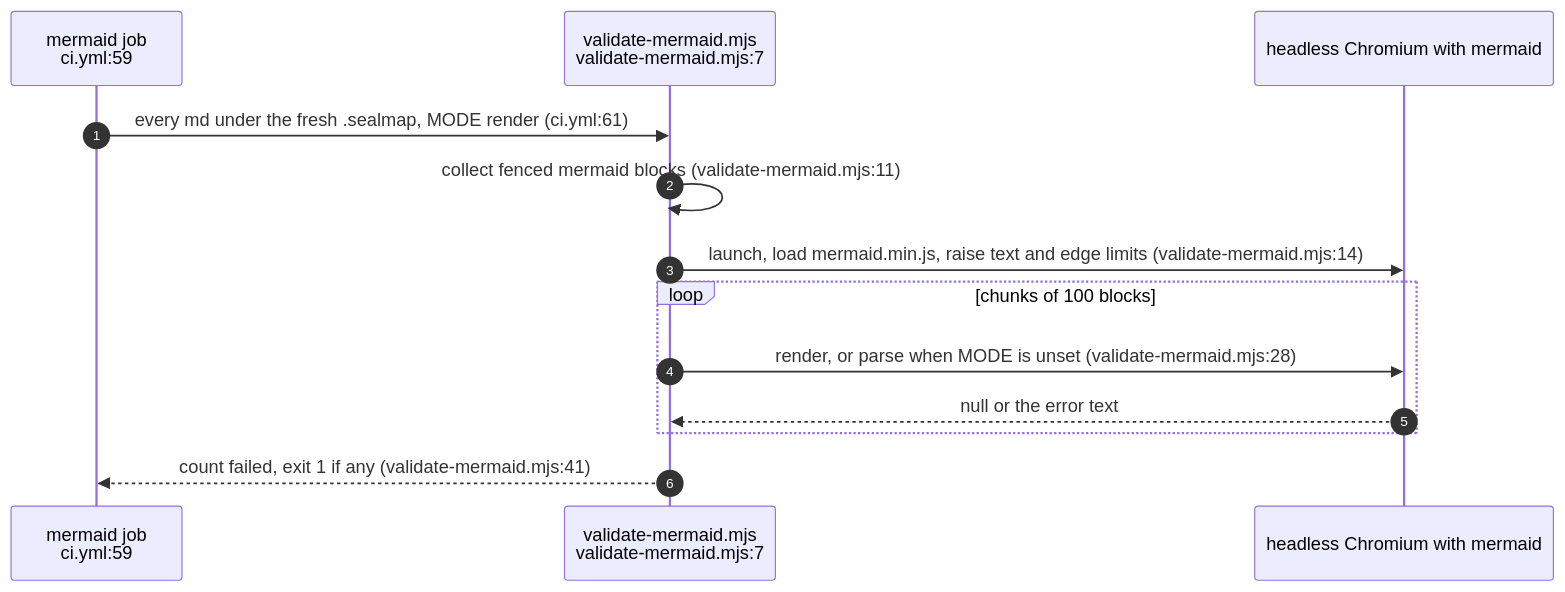
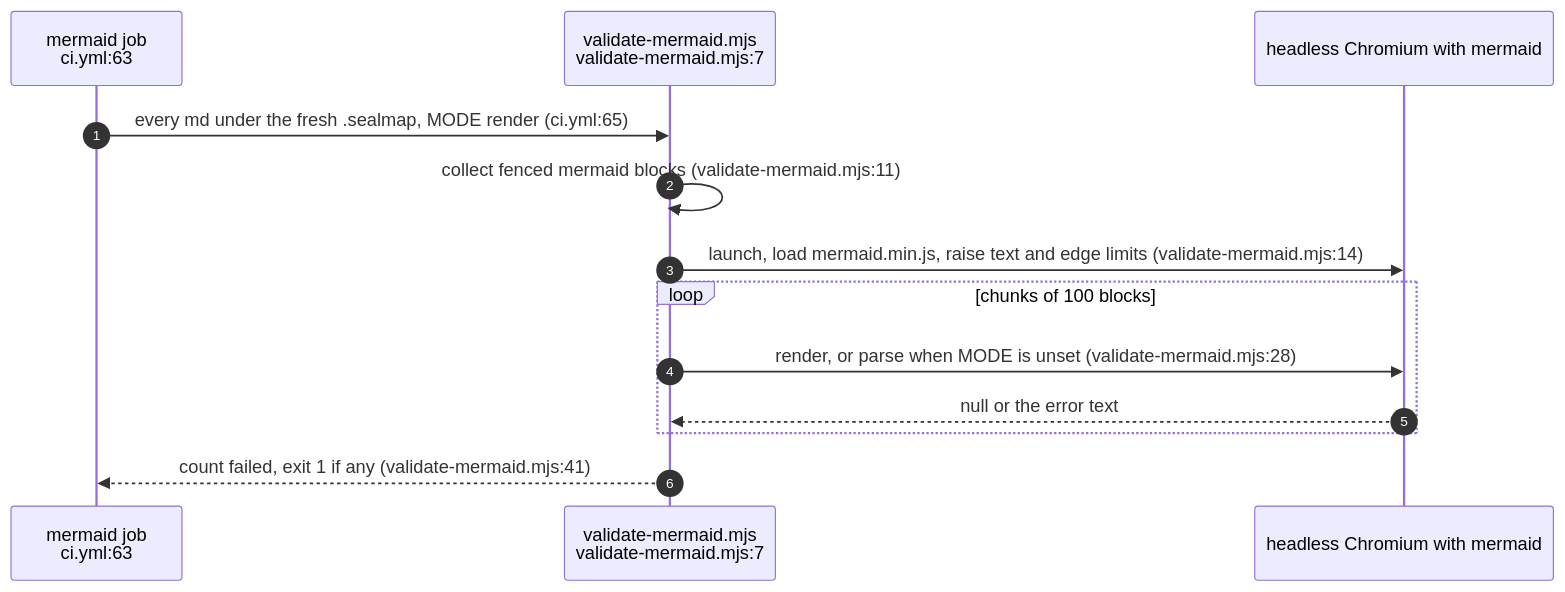
One commit to DreamLab-AI/codemaid changed the fifth of 5 diagrams in docs/diagrams/delivery/01-ci-msrv-and-determinism.md. Above: the diagram before and after it, drawn with Mermaid. The commit also changed other lines of this file and 23 other files, not shown here.

````diff
--- a/docs/diagrams/delivery/01-ci-msrv-and-determinism.md
+++ b/docs/diagrams/delivery/01-ci-msrv-and-determinism.md
@@ -235,15 +238,15 @@
 ```mermaid
 sequenceDiagram
     autonumber
-    participant CI as mermaid job<br/>ci.yml:59
+    participant CI as mermaid job<br/>ci.yml:63
     participant VM as validate-mermaid.mjs<br/>validate-mermaid.mjs:7
     participant BR as headless Chromium with mermaid
-    CI->>VM: every md under the fresh .sealmap, MODE render (ci.yml:61)
+    CI->>VM: every md under the fresh .sealmap, MODE render (ci.yml:65)
     VM->>VM: collect fenced mermaid blocks (validate-mermaid.mjs:11)
     VM->>BR: launch, load mermaid.min.js, raise text and edge limits (validate-mermaid.mjs:14)
     loop chunks of 100 blocks
         VM->>BR: render, or parse when MODE is unset (validate-mermaid.mjs:28)
         BR-->>VM: null or the error text
     end
     VM-->>CI: count failed, exit 1 if any (validate-mermaid.mjs:41)
 ```
````
